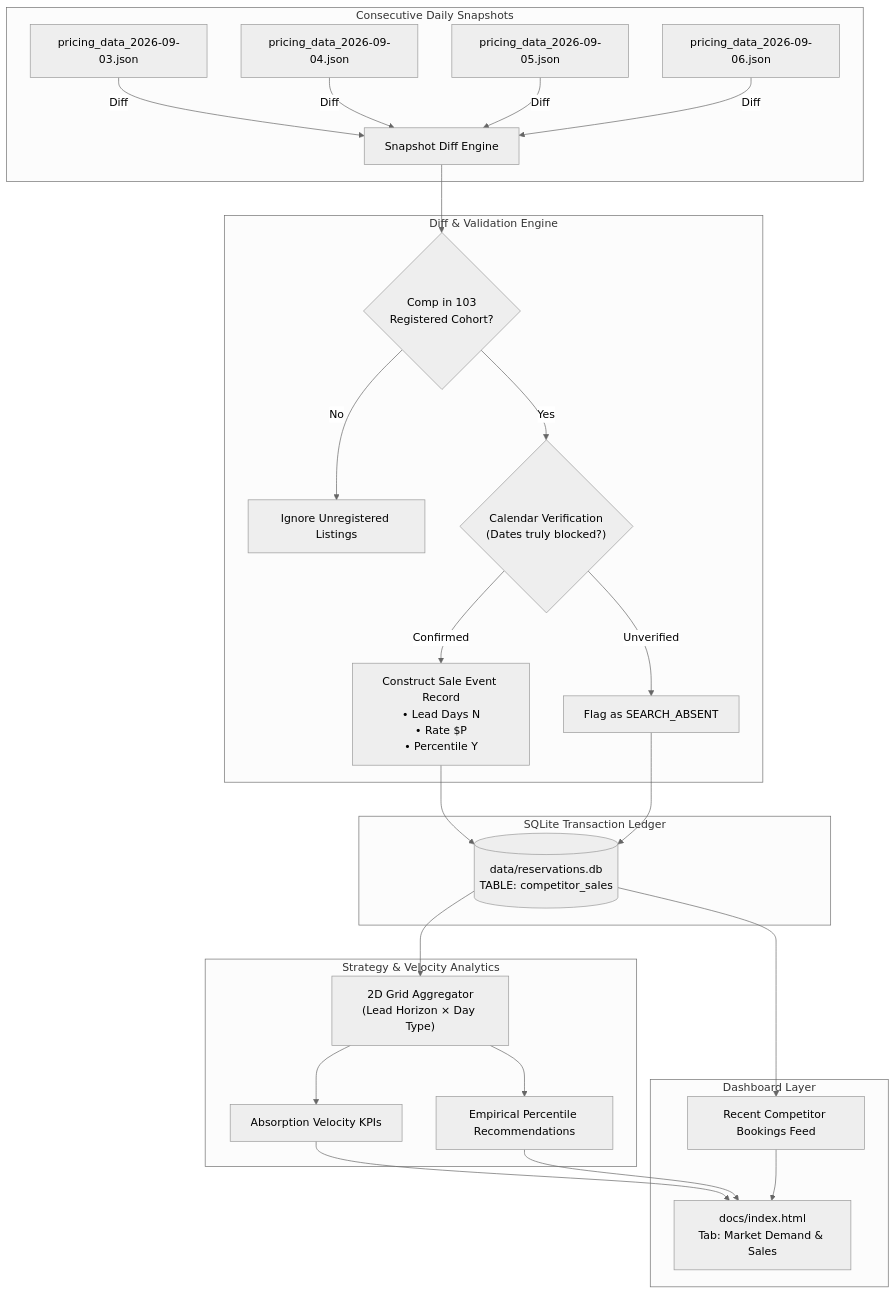
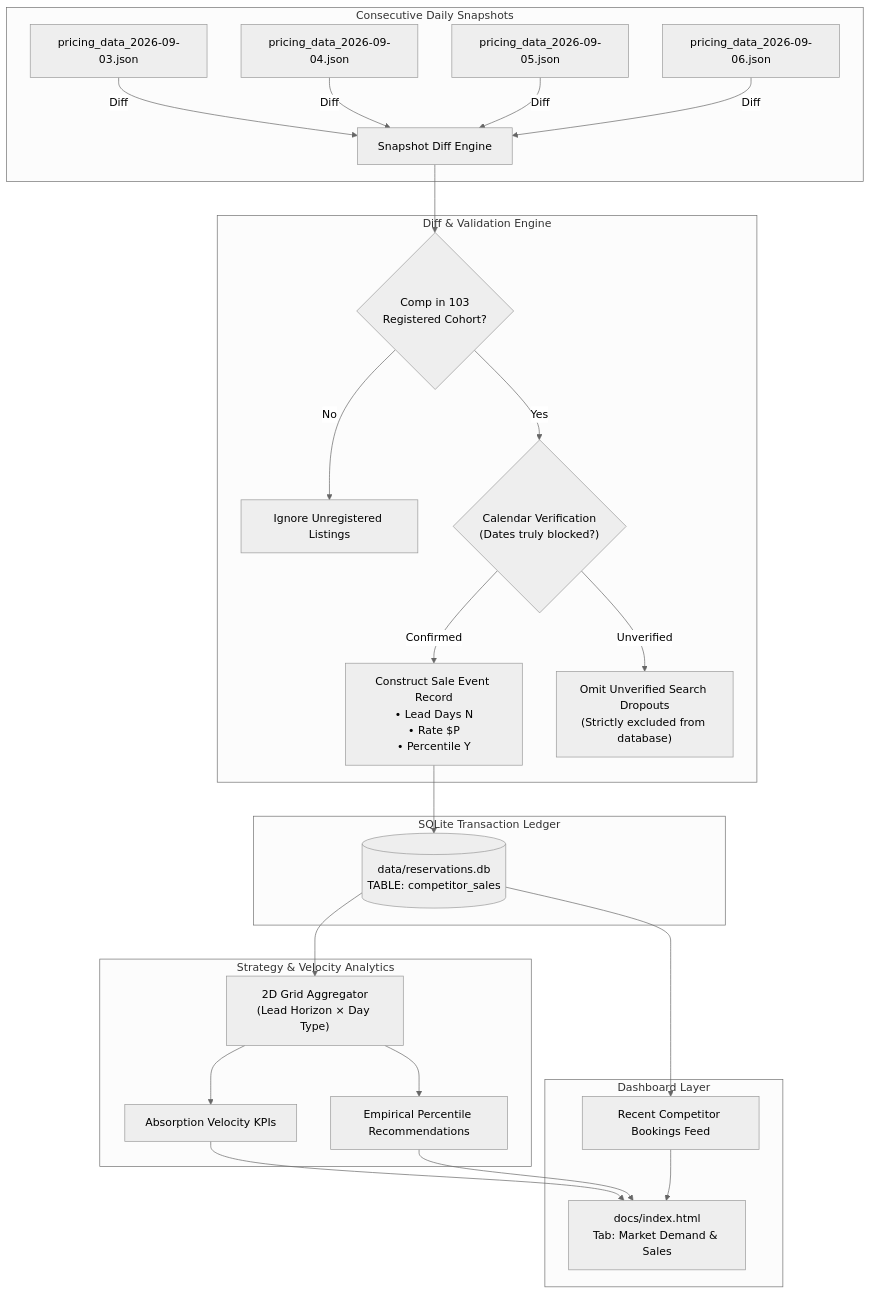
The diagram in docs/COMPETITOR_SALES_TRACKER_DESIGN.md (ivanpenkov/str-price-advisor), drawn with Mermaid (neutral theme) before and after one commit. The commit also changed other lines of this file and 11 other files, not shown here.

````diff
--- a/docs/COMPETITOR_SALES_TRACKER_DESIGN.md
+++ b/docs/COMPETITOR_SALES_TRACKER_DESIGN.md
@@ -47,39 +47,38 @@
 ```mermaid
 flowchart TD
     subgraph Snapshots ["Consecutive Daily Snapshots"]
         S1["pricing_data_2026-09-03.json"]
         S2["pricing_data_2026-09-04.json"]
         S3["pricing_data_2026-09-05.json"]
         S4["pricing_data_2026-09-06.json"]
         S1 -->|"Diff"| Diff["Snapshot Diff Engine"]
         S2 -->|"Diff"| Diff
         S3 -->|"Diff"| Diff
         S4 -->|"Diff"| Diff
     end
 
     subgraph Diff_Processing ["Diff & Validation Engine"]
         Diff --> Filter{"Comp in 103<br/>Registered Cohort?"}
         Filter -- No --> Ignore["Ignore Unregistered Listings"]
         Filter -- Yes --> Verify{"Calendar Verification<br/>(Dates truly blocked?)"}
         Verify -- Confirmed --> SaleRecord["Construct Sale Event Record<br/>• Lead Days N<br/>• Rate $P<br/>• Percentile Y"]
-        Verify -- Unverified --> AbsentRecord["Flag as SEARCH_ABSENT"]
+        Verify -- Unverified --> OmitRecord["Omit Unverified Search Dropouts<br/>(Strictly excluded from database)"]
     end
 
     subgraph Storage ["SQLite Transaction Ledger"]
         SaleRecord --> SQL[("data/reservations.db<br/>TABLE: competitor_sales")]
-        AbsentRecord --> SQL
     end
 
     subgraph Analytics ["Strategy & Velocity Analytics"]
         SQL --> Aggregator["2D Grid Aggregator<br/>(Lead Horizon × Day Type)"]
         Aggregator --> Recommendations["Empirical Percentile Recommendations"]
         Aggregator --> KPIs["Absorption Velocity KPIs"]
     end
 
     subgraph Presentation ["Dashboard Layer"]
         KPIs --> UI["docs/index.html<br/>Tab: Market Demand & Sales"]
         Recommendations --> UI
         SQL --> Feed["Recent Competitor Bookings Feed"]
         Feed --> UI
     end
 ```
````
